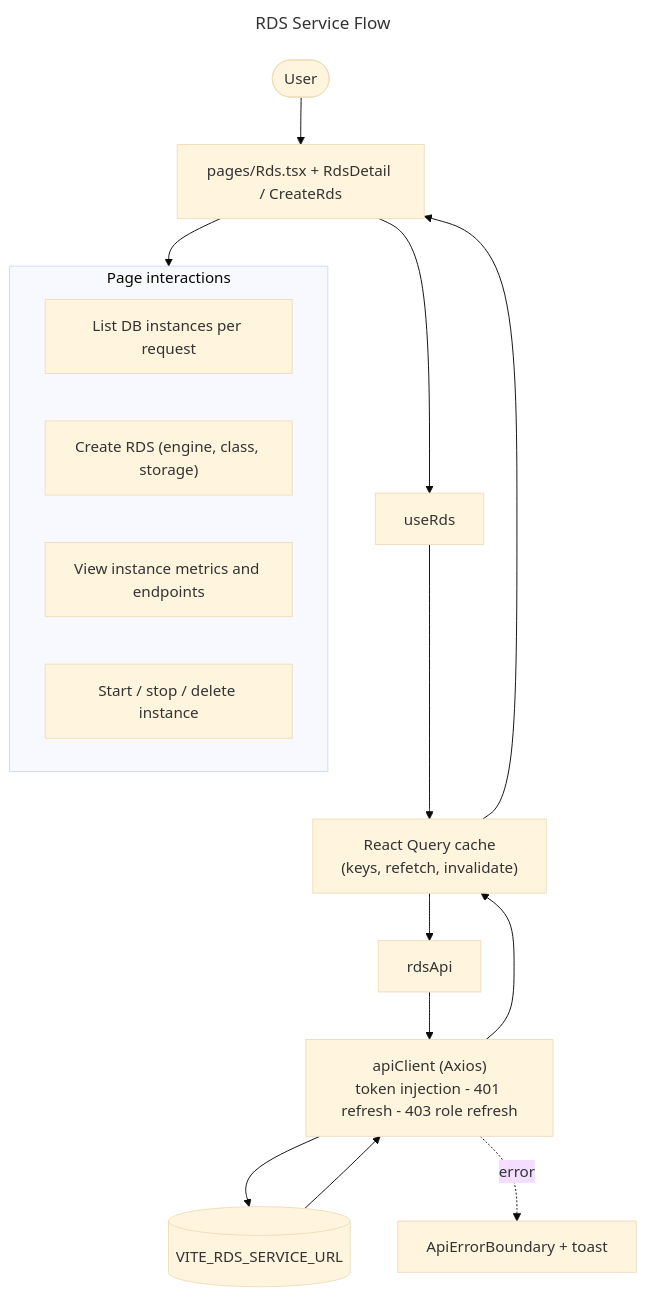
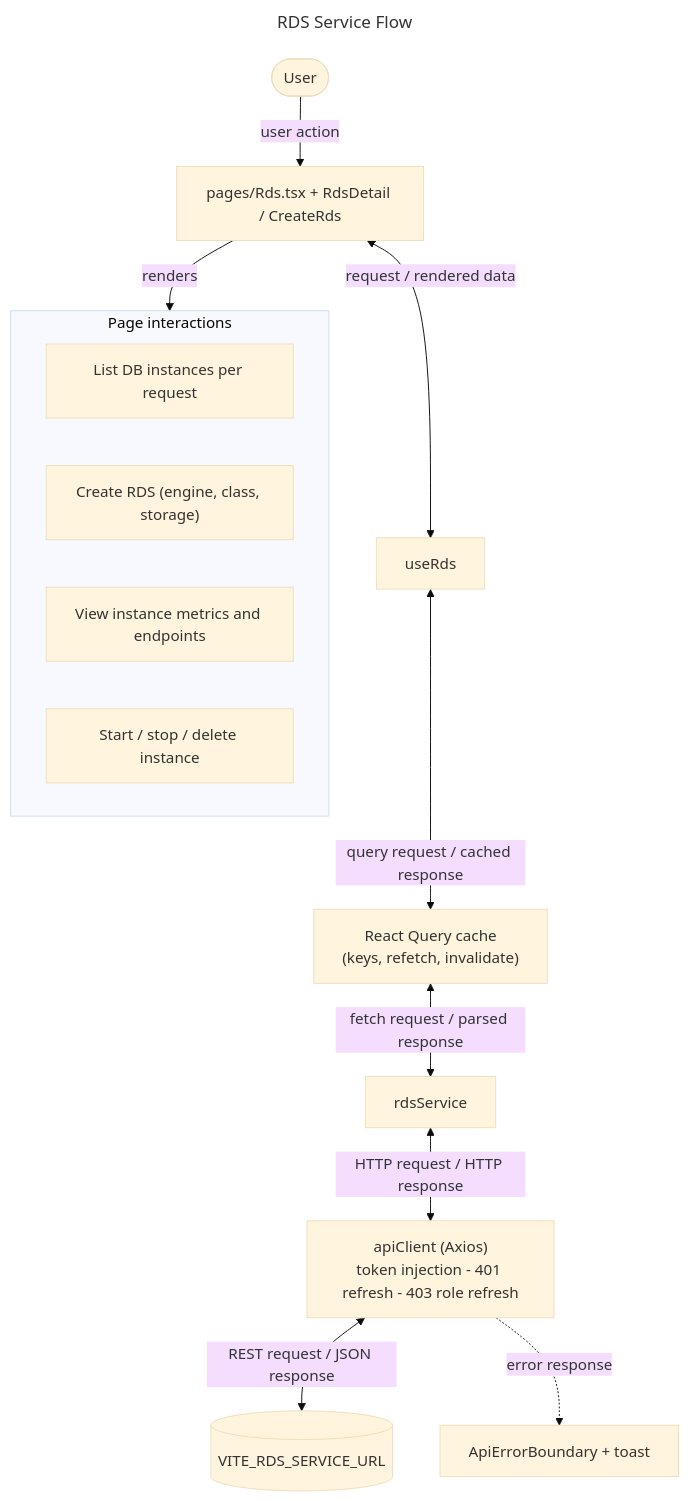
The diagram in docs/flowcharts/rds.mmd (sayeeduddinofficial/user-table-view), drawn with Mermaid (base theme) before and after one commit. The commit also changed 18 other files, not shown here.

```diff
--- a/docs/flowcharts/rds.mmd
+++ b/docs/flowcharts/rds.mmd
@@ -1,19 +1,18 @@
 ---
 title: RDS Service Flow
 ---
 flowchart TD
-  U([User]) --> P["pages/Rds.tsx + RdsDetail / CreateRds"]
-  P --> H["useRds"]
-  H --> Q["React Query cache<br/>(keys, refetch, invalidate)"]
-  Q --> A["rdsApi"]
-  A --> C["apiClient (Axios)<br/>token injection - 401 refresh - 403 role refresh"]
-  C --> S[("VITE_RDS_SERVICE_URL")]
-  S --> C --> Q --> P
+  U([User]) -->|"user action"| P["pages/Rds.tsx + RdsDetail / CreateRds"]
+  P <-->|"request / rendered data"| H["useRds"]
+  H <-->|"query request / cached response"| Q["React Query cache<br/>(keys, refetch, invalidate)"]
+  Q <-->|"fetch request / parsed response"| A["rdsService"]
+  A <-->|"HTTP request / HTTP response"| C["apiClient (Axios)<br/>token injection - 401 refresh - 403 role refresh"]
+  C <-->|"REST request / JSON response"| S[("VITE_RDS_SERVICE_URL")]
+  P -->|"renders"| UI
   subgraph UI[Page interactions]
     S0["List DB instances per request"]
     S1["Create RDS (engine, class, storage)"]
     S2["View instance metrics and endpoints"]
     S3["Start / stop / delete instance"]
   end
-  P --> UI
-  C -. error .-> E["ApiErrorBoundary + toast"]
+  C -. "error response" .-> E["ApiErrorBoundary + toast"]
```
